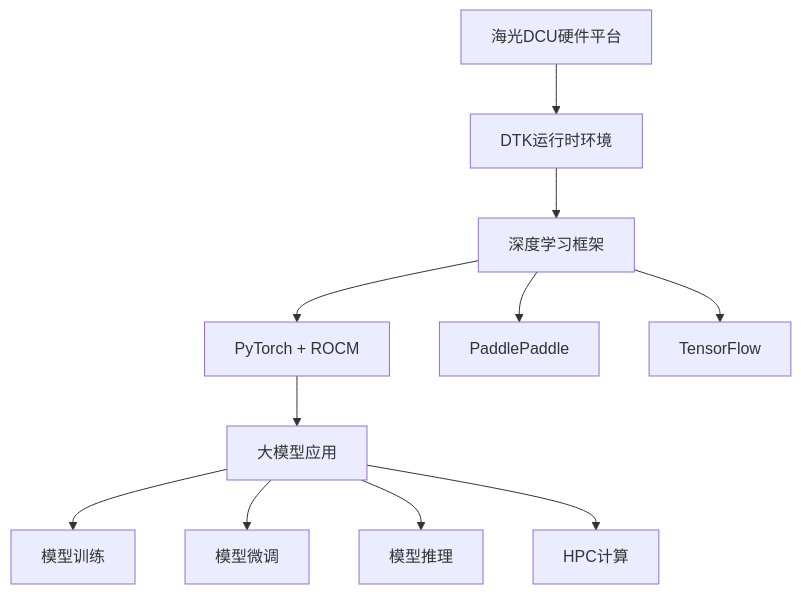
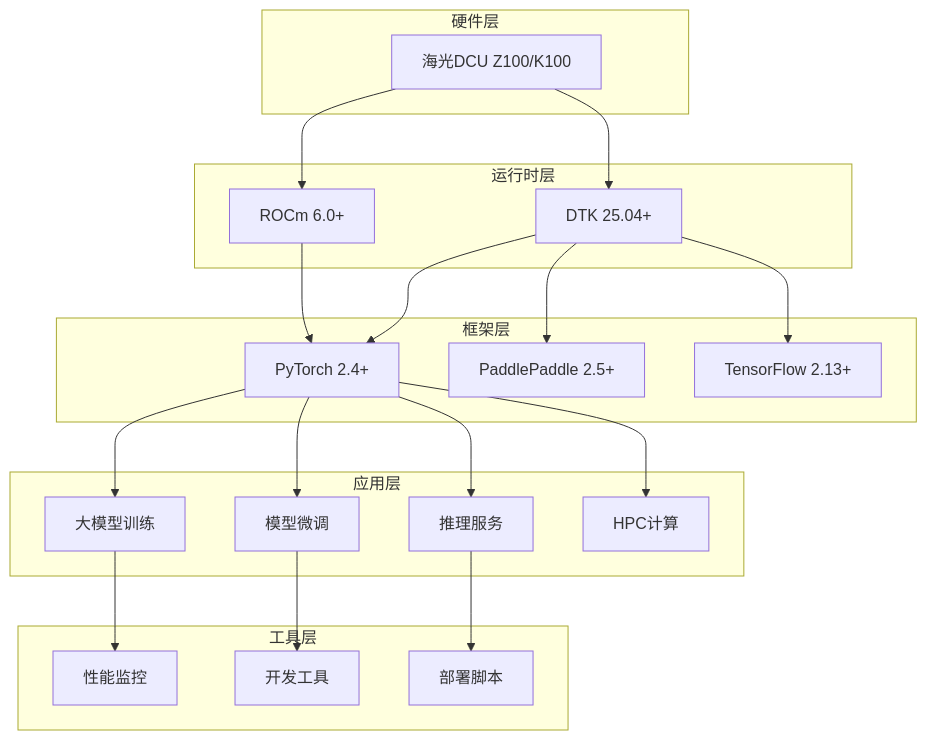
The diagram in README.md (FlyAIBox/dcu-in-action), drawn with Mermaid before and after one commit. The commit also changed other lines of this file and 16 other files, not shown here.

````diff
--- a/README.md
+++ b/README.md
@@ -31,13 +46,44 @@
 ```mermaid
 graph TB
-    A[海光DCU硬件平台] --> B[DTK运行时环境]
-    B --> C[深度学习框架]
-    C --> D[PyTorch + ROCM]
-    C --> E[PaddlePaddle]
-    C --> F[TensorFlow]
-    D --> G[大模型应用]
-    G --> H[模型训练]
-    G --> I[模型微调]
-    G --> J[模型推理]
-    G --> K[HPC计算]
+    subgraph "硬件层"
+        A[海光DCU Z100/K100]
+    end
+    
+    subgraph "运行时层"
+        B[DTK 25.04+]
+        C[ROCm 6.0+]
+    end
+    
+    subgraph "框架层"
+        D[PyTorch 2.4+]
+        E[PaddlePaddle 2.5+]
+        F[TensorFlow 2.13+]
+    end
+    
+    subgraph "应用层"
+        G[大模型训练]
+        H[模型微调]
+        I[推理服务]
+        J[HPC计算]
+    end
+    
+    subgraph "工具层"
+        K[性能监控]
+        L[开发工具]
+        M[部署脚本]
+    end
+    
+    A --> B
+    A --> C
+    B --> D
+    B --> E
+    B --> F
+    C --> D
+    D --> G
+    D --> H
+    D --> I
+    D --> J
+    G --> K
+    H --> L
+    I --> M
 ```
````
